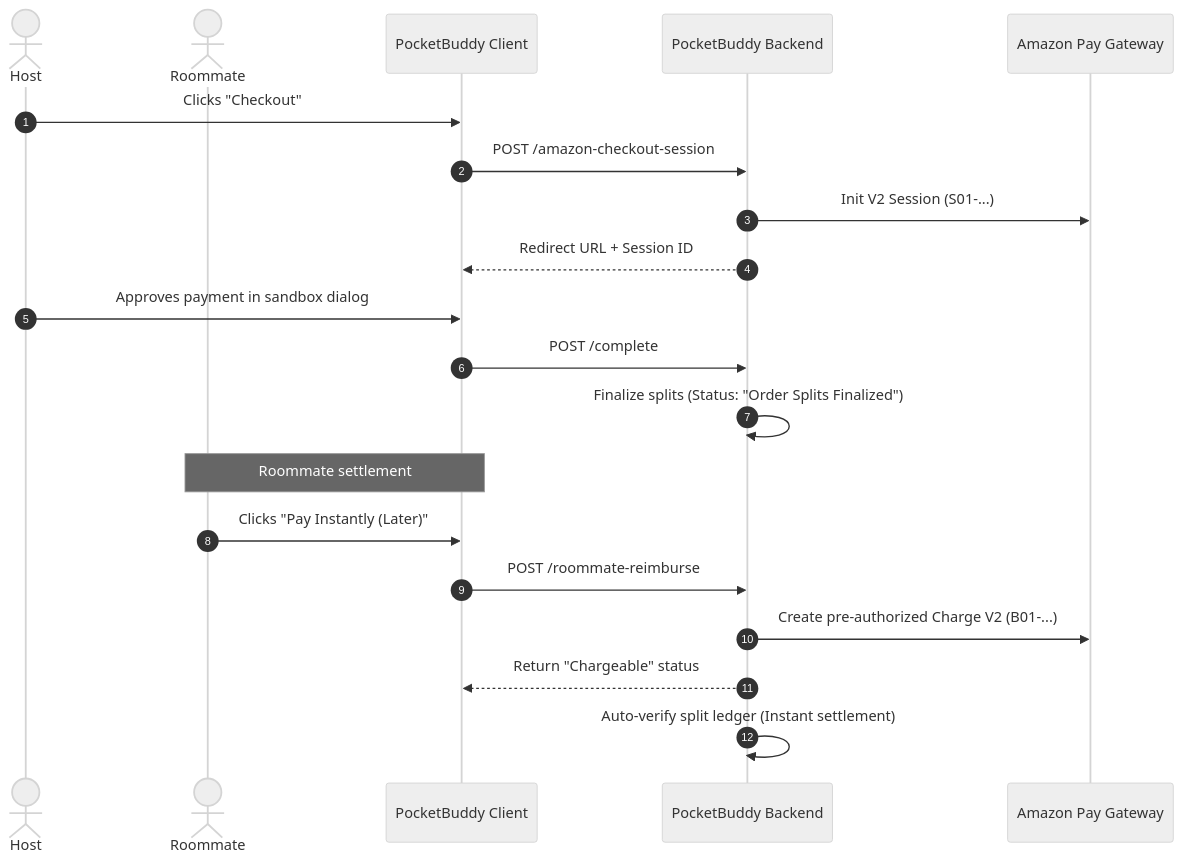
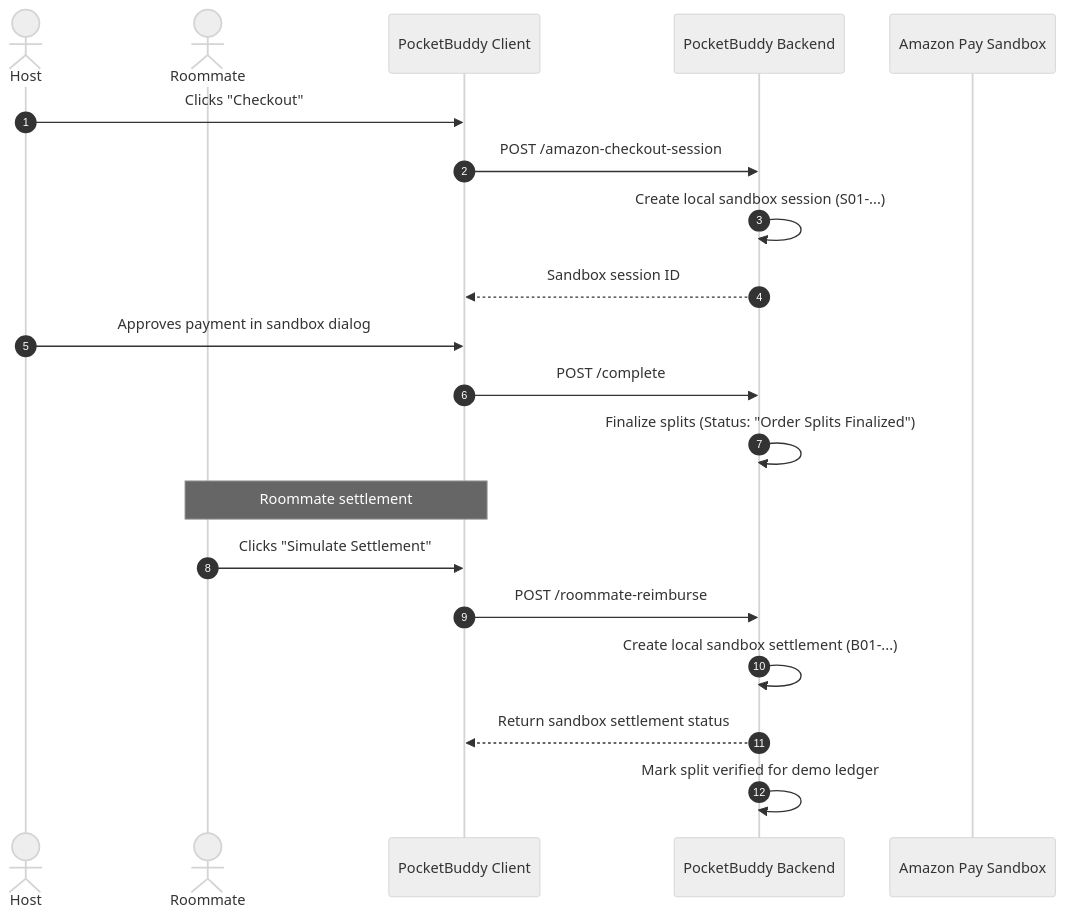
The diagram in docs/pooling_strategy_status.md (nishantharkut/PocketBuddy), drawn with Mermaid (neutral theme) before and after one commit. The commit also changed other lines of this file and 16 other files, not shown here.

Commit message:
fix: harden privacy trust demo flows

````diff
--- a/docs/pooling_strategy_status.md
+++ b/docs/pooling_strategy_status.md
@@ -24,24 +24,24 @@
 ```mermaid
 sequenceDiagram
     autonumber
     actor Host
     actor Roommate
     participant App as PocketBuddy Client
     participant API as PocketBuddy Backend
-    participant APay as Amazon Pay Gateway
+    participant APay as Amazon Pay Sandbox
 
     Host->>App: Clicks "Checkout"
     App->>API: POST /amazon-checkout-session
-    API->>APay: Init V2 Session (S01-...)
-    API-->>App: Redirect URL + Session ID
+    API->>API: Create local sandbox session (S01-...)
+    API-->>App: Sandbox session ID
     Host->>App: Approves payment in sandbox dialog
     App->>API: POST /complete
     API->>API: Finalize splits (Status: "Order Splits Finalized")
     
     Note over Roommate, App: Roommate settlement
-    Roommate->>App: Clicks "Pay Instantly (Later)"
+    Roommate->>App: Clicks "Simulate Settlement"
     App->>API: POST /roommate-reimburse
-    API->>APay: Create pre-authorized Charge V2 (B01-...)
-    API-->>App: Return "Chargeable" status
-    API->>API: Auto-verify split ledger (Instant settlement)
+    API->>API: Create local sandbox settlement (B01-...)
+    API-->>App: Return sandbox settlement status
+    API->>API: Mark split verified for demo ledger
 ```
````
